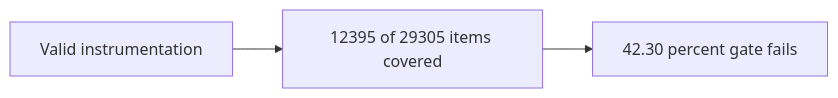
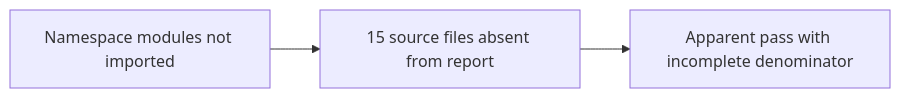
The fifth of 8 diagrams in docs/learnings/2026-11-13-coverage-configuration.md (gwicho38/mcli), drawn with Mermaid before and after one commit. The commit also changed other lines of this file and 23 other files, not shown here.

````diff
--- a/docs/learnings/2026-11-13-coverage-configuration.md
+++ b/docs/learnings/2026-11-13-coverage-configuration.md
@@ -115,5 +122,5 @@
 ```mermaid
 flowchart LR
-    A[Valid instrumentation] --> B[12395 of 29305 items covered]
-    B --> C[42.30 percent gate fails]
+    A[Namespace modules not imported] --> B[15 source files absent from report]
+    B --> C[Apparent pass with incomplete denominator]
 ```
````
